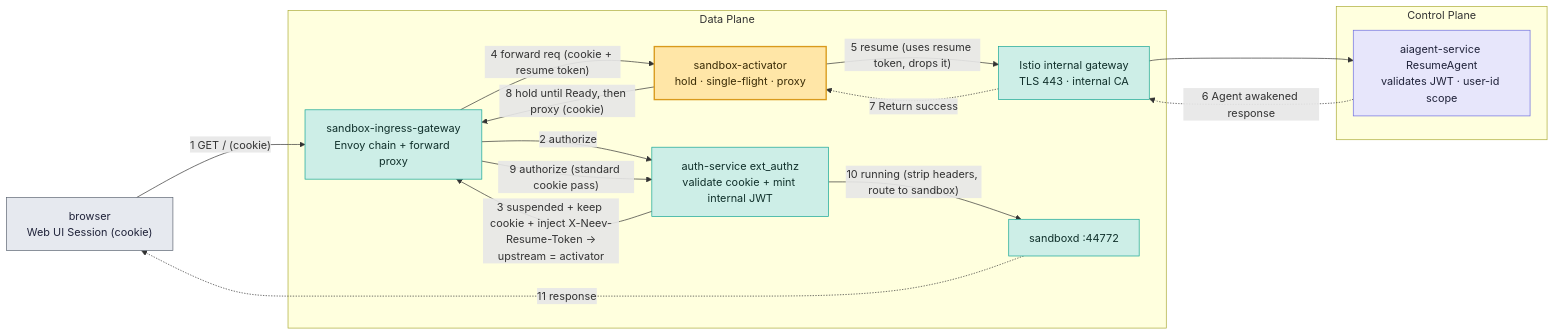
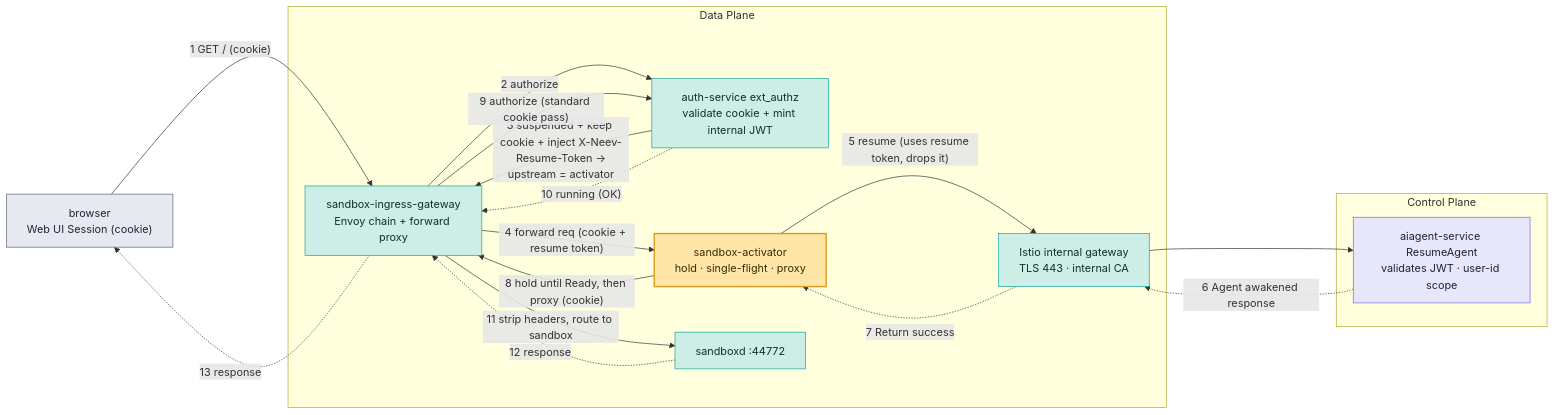
One commit to chandini1727/documentation- changed the second of 3 diagrams in README.md. Above: the diagram before and after it, drawn with Mermaid. The commit also changed other lines of this file, not shown here.

````diff
--- a/README.md
+++ b/README.md
@@ -99,34 +101,36 @@
 ```mermaid
 flowchart LR
     cl["browser<br/>Web UI Session (cookie)"]:::store
 
     subgraph DP [Data Plane]
         gw["sandbox-ingress-gateway<br/>Envoy chain + forward proxy"]:::dp
         az["auth-service ext_authz<br/>validate cookie + mint internal JWT"]:::dp
         act["sandbox-activator<br/>hold · single-flight · proxy"]:::star
         igw["Istio internal gateway<br/>TLS 443 · internal CA"]:::dp
         sd["sandboxd :44772"]:::dp
     end
 
     subgraph CP [Control Plane]
         cp["aiagent-service ResumeAgent<br/>validates JWT · user-id scope"]:::cp
     end
 
     cl -->|"1 GET / (cookie)"| gw
     gw -->|"2 authorize"| az
     az -->|"3 suspended + keep cookie + inject X-Neev-Resume-Token →<br/>upstream = activator"| gw
     gw -->|"4 forward req (cookie + resume token)"| act
     act -->|"5 resume (uses resume token, drops it)"| igw
     igw --> cp
     cp -.->|"6 Agent awakened response"| igw
     igw -.->|"7 Return success"| act
     act -->|"8 hold until Ready, then proxy (cookie)"| gw
     gw -->|"9 authorize (standard cookie pass)"| az
-    az -->|"10 running (strip headers, route to sandbox)"| sd
-    sd -.->|"11 response"| cl
+    az -.->|"10 running (OK)"| gw
+    gw -->|"11 strip headers, route to sandbox"| sd
+    sd -.->|"12 response"| gw
+    gw -.->|"13 response"| cl
 
     classDef cp fill:#e7e6fb,stroke:#6b6be0,color:#20233a
     classDef dp fill:#cdeee7,stroke:#12a594,color:#10302b
     classDef star fill:#ffe6a7,stroke:#d99a1c,stroke-width:2px,color:#3a2c07
     classDef store fill:#e6e9ef,stroke:#5b6472,color:#20233a
 ```
````
